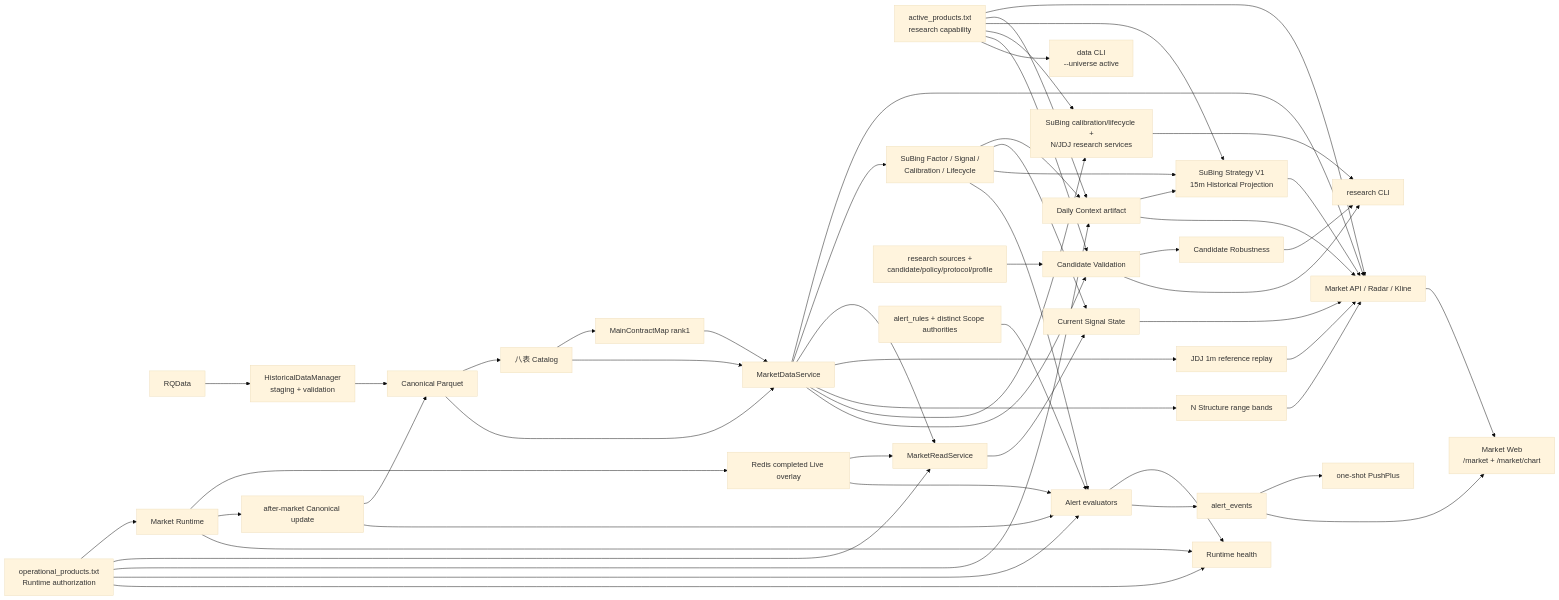
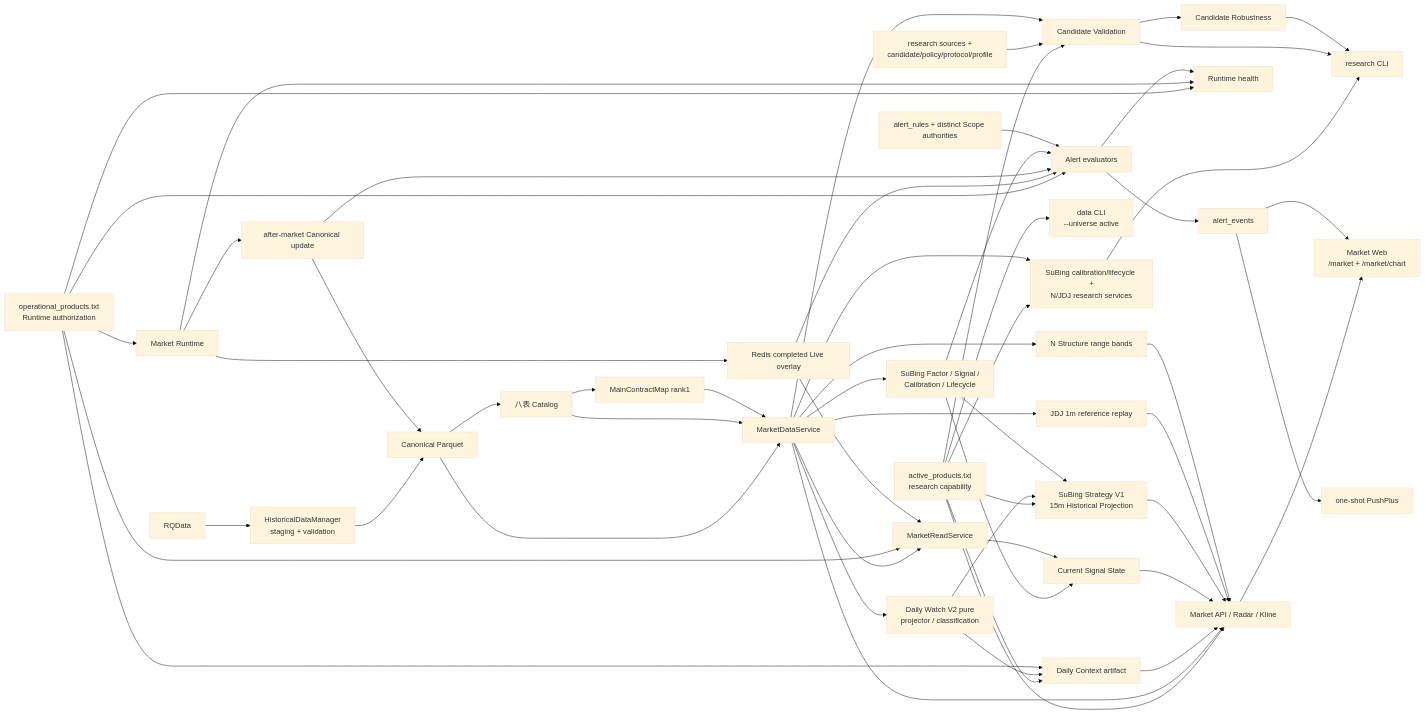
One commit to firehell/guiyi-quant-workstation changed the diagram in docs/ARCHITECTURE.md. Above: the diagram before and after it, drawn with Mermaid (base theme).

Commit message:
docs: correct subing strategy data lineage

````diff
--- a/docs/ARCHITECTURE.md
+++ b/docs/ARCHITECTURE.md
@@ -7,63 +7,64 @@
 ```mermaid
 flowchart LR
   RQ[RQData] --> HDM[HistoricalDataManager<br/>staging + validation]
   HDM --> CP[Canonical Parquet]
   CP --> CAT[八表 Catalog]
   CAT --> MCM[MainContractMap rank1]
   CP --> MDS[MarketDataService]
   CAT --> MDS
   MCM --> MDS
 
   ACTIVE[active_products.txt<br/>research capability] --> MARKET[Market API / Radar / Kline]
   ACTIVE --> DAILY
   ACTIVE --> SSP
   ACTIVE --> RS
   ACTIVE --> CV
   ACTIVE --> DCLI[data CLI<br/>--universe active]
   MDS --> MARKET
   MARKET --> WEB[Market Web<br/>/market + /market/chart]
 
   MDS --> SF[SuBing Factor / Signal /<br/>Calibration / Lifecycle]
+  MDS --> DWP[Daily Watch V2 pure<br/>projector / classification]
   MDS --> MREAD[MarketReadService]
-  SF --> DAILY[Daily Context artifact]
+  DWP --> DAILY[Daily Context artifact]
+  DWP --> SSP
   SF --> CURRENT[Current Signal State]
   SF --> SSP[SuBing Strategy V1<br/>15m Historical Projection]
   MREAD --> CURRENT
-  DAILY --> SSP
   DAILY --> MARKET
   CURRENT --> MARKET
   SSP --> MARKET
 
   MDS --> JDJ[JDJ 1m reference replay]
   JDJ --> MARKET
   MDS --> N[N Structure range bands]
   N --> MARKET
 
   MDS --> RS[SuBing calibration/lifecycle +<br/>N/JDJ research services]
   SRC[research sources +<br/>candidate/policy/protocol/profile] --> CV[Candidate Validation]
   MDS --> CV
   CV --> ROB[Candidate Robustness]
   RS --> RCLI[research CLI]
   CV --> RCLI[research CLI]
   ROB --> RCLI
 
   OPS[operational_products.txt<br/>Runtime authorization] --> MR[Market Runtime]
   OPS --> MREAD
   OPS --> DAILY
   OPS --> AE
   OPS --> HEALTH[Runtime health]
   MR --> LIVE[Redis completed Live overlay]
   MR --> EOD[after-market Canonical update]
   MR --> HEALTH
   LIVE --> MREAD
   EOD --> CP
 
   LIVE --> AE[Alert evaluators]
   EOD --> AE
   SF --> AE
   RULE[alert_rules + distinct Scope authorities] --> AE
   AE --> HEALTH
   AE --> EVENT[alert_events]
   EVENT --> PUSH[one-shot PushPlus]
   EVENT --> WEB
 ```
````
